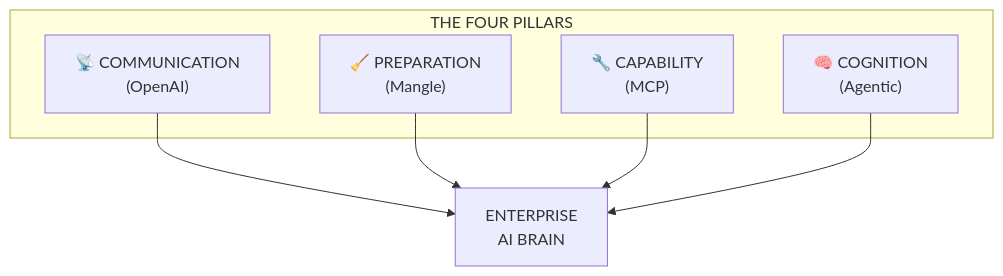
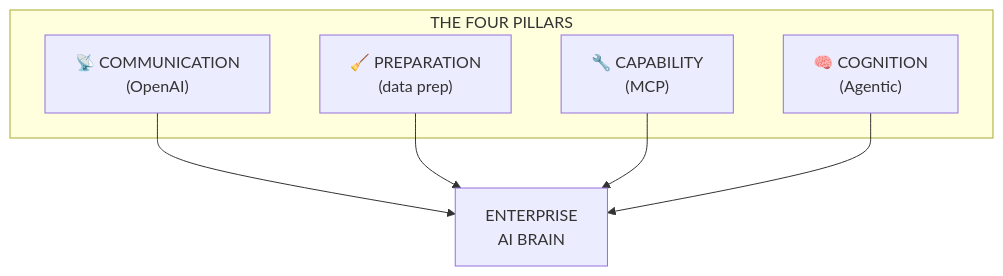
Before and after one commit to GJKarthik/sap-oss-v1: the first of 7 diagrams in docs/business-briefs/06-architectural-patterns.md, drawn with Mermaid. The commit also changed other lines of this file and 2548 other files, not shown here.

````diff
--- a/docs/business-briefs/06-architectural-patterns.md
+++ b/docs/business-briefs/06-architectural-patterns.md
@@ -11,14 +11,14 @@
 ```mermaid
 flowchart TB
     subgraph Patterns["THE FOUR PILLARS"]
         COMM["📡 COMMUNICATION<br/>(OpenAI)"]
-        PREP["🧹 PREPARATION<br/>(Mangle)"]
+        PREP["🧹 PREPARATION<br/>(data prep)"]
         CAP["🔧 CAPABILITY<br/>(MCP)"]
         COG["🧠 COGNITION<br/>(Agentic)"]
     end
     
     COMM --> Brain["ENTERPRISE<br/>AI BRAIN"]
     PREP --> Brain
     CAP --> Brain
     COG --> Brain
 ```
````
